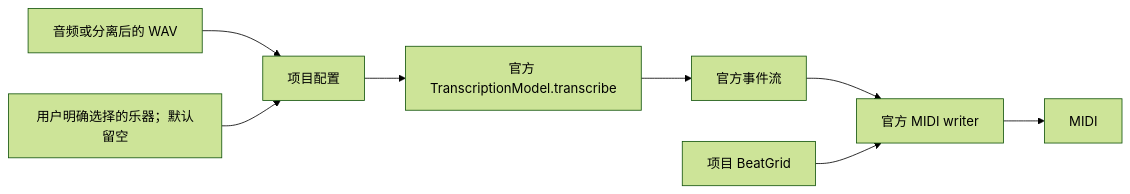
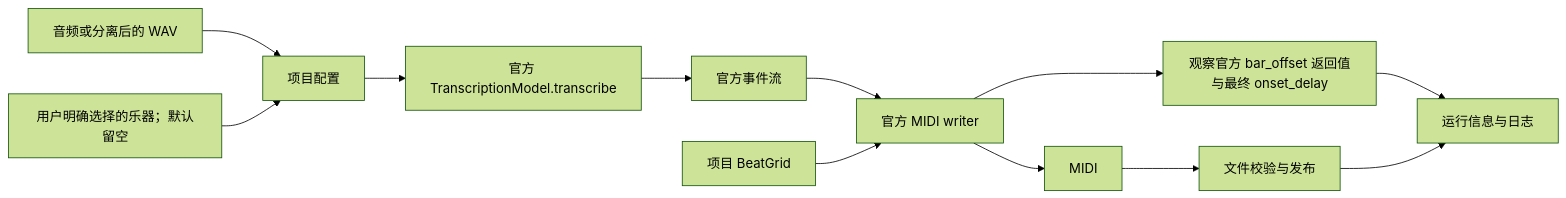
The diagram in docs/muscriptor-model.md (mason369/music-to-midi), drawn with Mermaid (forest theme) before and after one commit. The commit also changed other lines of this file and 8 other files, not shown here.

Commit message:
fix: report the official MuScriptor writer timeline offsets

````diff
--- a/docs/muscriptor-model.md
+++ b/docs/muscriptor-model.md
@@ -107,10 +107,14 @@
 ```mermaid
 flowchart LR
     A[音频或分离后的 WAV] --> C[项目配置]
     U[用户明确选择的乐器；默认留空] --> C
     C --> T[官方 TranscriptionModel.transcribe]
     T --> E[官方事件流]
     E --> W[官方 MIDI writer]
     G[项目 BeatGrid] --> W
     W --> M[MIDI]
+    W --> O[观察官方 bar_offset 返回值与最终 onset_delay]
+    M --> P[文件校验与发布]
+    O --> R[运行信息与日志]
+    P --> R
 ```
````
